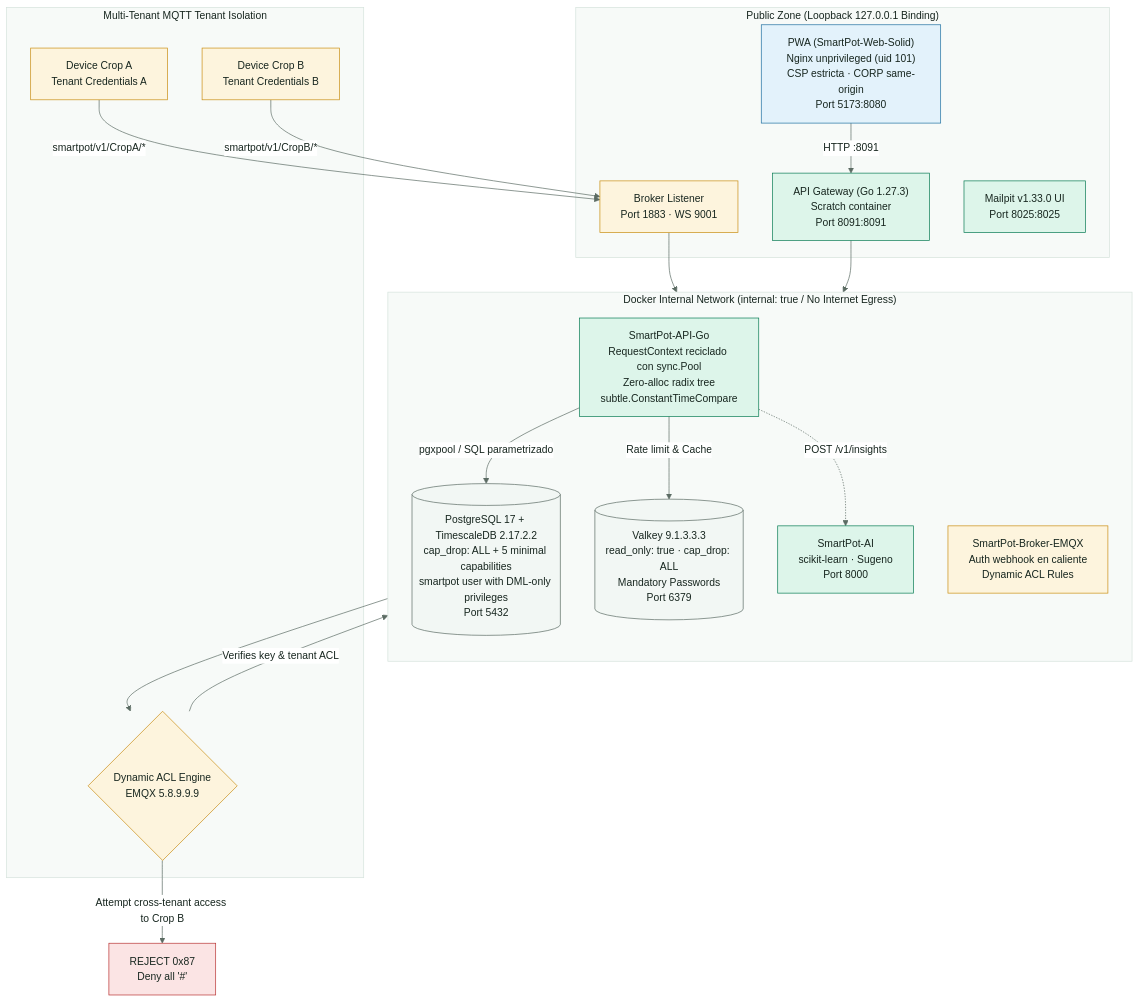
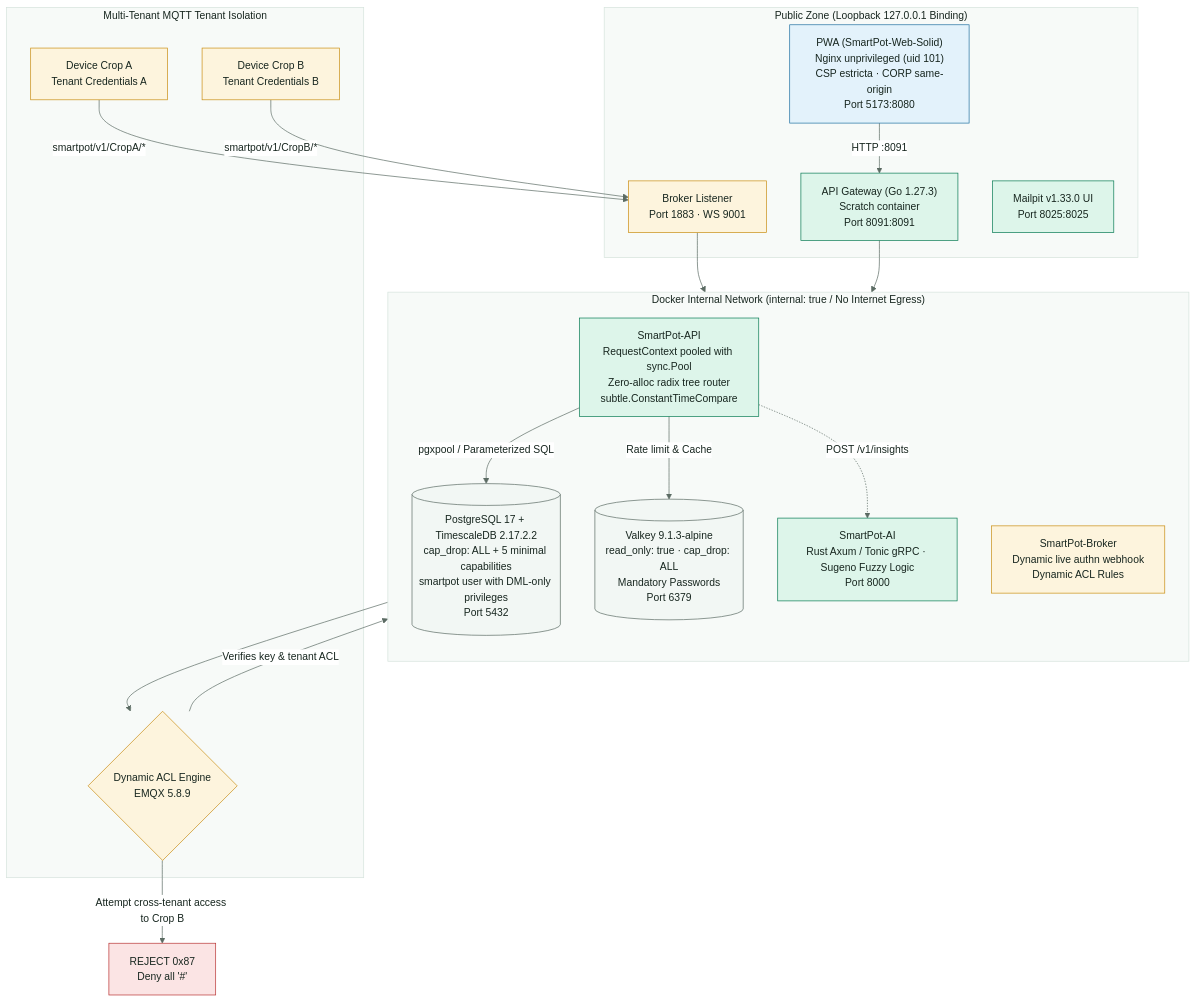
Before and after one commit to SmartPotTech/.github: the second of 2 diagrams in docs/SmartPot_QA_Audit_AB.md, drawn with Mermaid. The commit also changed other lines of this file and 78 other files, not shown here.

Commit message:
docs(architecture): update and standardize architecture diagrams via archify [skip deploy] #no-deploy

````diff
--- a/docs/SmartPot_QA_Audit_AB.md
+++ b/docs/SmartPot_QA_Audit_AB.md
@@ -185,50 +185,50 @@
 ```mermaid
 %%{init: {"theme": "base", "fontFamily": "Segoe UI, Arial, sans-serif", "themeVariables": {"fontFamily": "Segoe UI, Arial, sans-serif", "fontSize": "15px", "primaryColor": "#DDF5EA", "primaryTextColor": "#17261F", "primaryBorderColor": "#067A52", "secondaryColor": "#E3F2FB", "secondaryTextColor": "#17261F", "secondaryBorderColor": "#1F6FA0", "tertiaryColor": "#F2F7F4", "tertiaryTextColor": "#17261F", "tertiaryBorderColor": "#D5E3DC", "lineColor": "#5B6B63", "textColor": "#17261F", "mainBkg": "#DDF5EA", "nodeBorder": "#067A52", "clusterBkg": "#F7FAF8", "clusterBorder": "#D5E3DC", "edgeLabelBackground": "#FFFFFF", "actorBkg": "#067A52", "actorBorder": "#0B3D2B", "actorTextColor": "#FFFFFF", "actorLineColor": "#5B6B63", "signalColor": "#17261F", "signalTextColor": "#17261F", "labelBoxBkgColor": "#0B3D2B", "labelBoxBorderColor": "#0B3D2B", "labelTextColor": "#FFFFFF", "loopTextColor": "#0B3D2B", "noteBkgColor": "#FDF4DD", "noteBorderColor": "#C98D12", "noteTextColor": "#17261F", "activationBkgColor": "#DDF5EA", "activationBorderColor": "#067A52", "attributeBackgroundColorOdd": "#FFFFFF", "attributeBackgroundColorEven": "#F2F7F4"}}}%%
 flowchart TD
   subgraph PUBLIC_ZONE["Public Zone (Loopback 127.0.0.1 Binding)"]
     PWA["PWA (SmartPot-Web-Solid)<br/>Nginx unprivileged (uid 101)<br/>CSP estricta · CORP same-origin<br/>Port 5173:8080"]
     API_PORT["API Gateway (Go 1.27.3)<br/>Scratch container<br/>Port 8091:8091"]
     BROKER_PORT["Broker Listener<br/>Port 1883 · WS 9001"]
     MAIL_PORT["Mailpit v1.33.0 UI<br/>Port 8025:8025"]
   end
 
   subgraph INTERNAL_NETWORK["Docker Internal Network (internal: true / No Internet Egress)"]
     direction TB
-    API["SmartPot-API-Go<br/>RequestContext reciclado con sync.Pool<br/>Zero-alloc radix tree<br/>subtle.ConstantTimeCompare"]
+    API["SmartPot-API<br/>RequestContext pooled with sync.Pool<br/>Zero-alloc radix tree router<br/>subtle.ConstantTimeCompare"]
     DB[("PostgreSQL 17 + TimescaleDB 2.17.2.2<br/>cap_drop: ALL + 5 minimal capabilities<br/>smartpot user with DML-only privileges<br/>Port 5432")]
-    VALKEY[("Valkey 9.1.3.3.3<br/>read_only: true · cap_drop: ALL<br/>Mandatory Passwords<br/>Port 6379")]
-    EMQX["SmartPot-Broker-EMQX<br/>Auth webhook en caliente<br/>Dynamic ACL Rules"]
-    AI["SmartPot-AI<br/>scikit-learn · Sugeno<br/>Port 8000"]
+    VALKEY[("Valkey 9.1.3-alpine<br/>read_only: true · cap_drop: ALL<br/>Mandatory Passwords<br/>Port 6379")]
+    EMQX["SmartPot-Broker<br/>Dynamic live authn webhook<br/>Dynamic ACL Rules"]
+    AI["SmartPot-AI<br/>Rust Axum / Tonic gRPC · Sugeno Fuzzy Logic<br/>Port 8000"]
   end
 
   subgraph DEVICE_ISOLATION["Multi-Tenant MQTT Tenant Isolation"]
     DEV_A["Device Crop A<br/>Tenant Credentials A"]
     DEV_B["Device Crop B<br/>Tenant Credentials B"]
-    ACL_ENGINE{"Dynamic ACL Engine<br/>EMQX 5.8.9.9.9"}
+    ACL_ENGINE{"Dynamic ACL Engine<br/>EMQX 5.8.9"}
   end
 
   PWA -->|HTTP :8091| API_PORT
   API_PORT --> API
-  API -->|pgxpool / SQL parametrizado| DB
+  API -->|pgxpool / Parameterized SQL| DB
   API -->|Rate limit & Cache| VALKEY
   API -.->|POST /v1/insights| AI
 
   DEV_A -->|smartpot/v1/CropA/*| BROKER_PORT
   DEV_B -->|smartpot/v1/CropB/*| BROKER_PORT
   BROKER_PORT --> EMQX
   EMQX --> ACL_ENGINE
   ACL_ENGINE -->|Verifies key & tenant ACL| API
   ACL_ENGINE -- "Attempt cross-tenant access to Crop B" --> DENY["REJECT 0x87<br/>Deny all '#'"]
 
   classDef core fill:#DDF5EA,stroke:#067A52,color:#17261F
   classDef platform fill:#E3F2FB,stroke:#1F6FA0,color:#17261F
   classDef store fill:#F2F7F4,stroke:#5B6B63,color:#17261F
   classDef device fill:#FDF4DD,stroke:#C98D12,color:#17261F
   classDef alert fill:#FBE4E4,stroke:#B83232,color:#17261F
 
   class API,API_PORT core
   class PWA platform
   class DB,VALKEY store
   class EMQX,DEV_A,DEV_B,BROKER_PORT,ACL_ENGINE device
   class DENY alert
 ```
````
